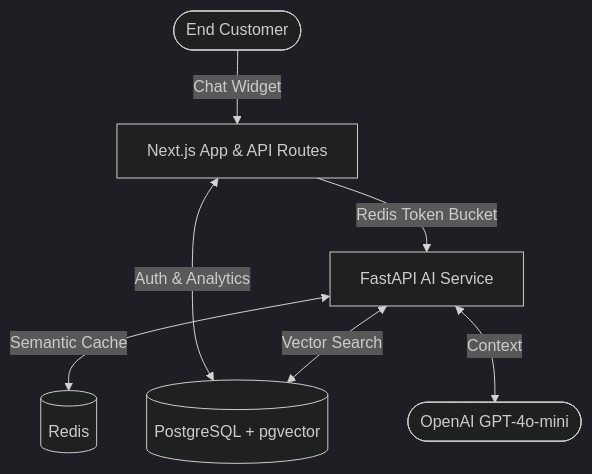
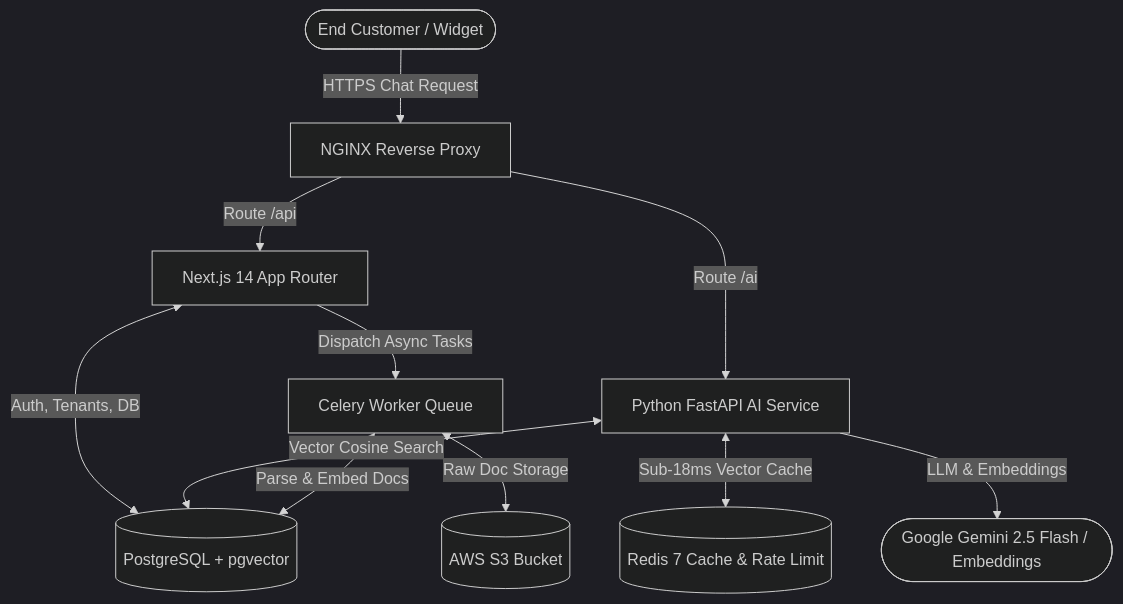
Before and after one commit to SShayanHussain/deflekt: the diagram in README.md, drawn with Mermaid (dark theme). The commit also changed other lines of this file and 6 other files, not shown here.

````diff
--- a/README.md
+++ b/README.md
@@ -9,10 +66,16 @@
 ```mermaid
 graph TD
-    User([End Customer]) -->|Chat Widget| NextJS
-    NextJS[Next.js App & API Routes] -->|Redis Token Bucket| FastAPI[FastAPI AI Service]
-    NextJS <-->|Auth & Analytics| DB[(PostgreSQL + pgvector)]
+    User([End Customer / Widget]) -->|HTTPS Chat Request| Nginx[NGINX Reverse Proxy]
+    Nginx -->|Route /api| NextJS[Next.js 14 App Router]
+    Nginx -->|Route /ai| FastAPI[Python FastAPI AI Service]
     
-    FastAPI <-->|Semantic Cache| Redis[(Redis)]
-    FastAPI <-->|Vector Search| DB
-    FastAPI <-->|Context| LLM([OpenAI GPT-4o-mini])
+    NextJS <-->|Auth, Tenants, DB| DB[(PostgreSQL + pgvector)]
+    NextJS -->|Dispatch Async Tasks| Celery[Celery Worker Queue]
+    
+    FastAPI <-->|Sub-18ms Vector Cache| Redis[(Redis 7 Cache & Rate Limit)]
+    FastAPI <-->|Vector Cosine Search| DB
+    FastAPI -->|LLM & Embeddings| Gemini([Google Gemini 2.5 Flash / Embeddings])
+    
+    Celery <-->|Parse & Embed Docs| DB
+    Celery <-->|Raw Doc Storage| S3[(AWS S3 Bucket)]
 ```
````
